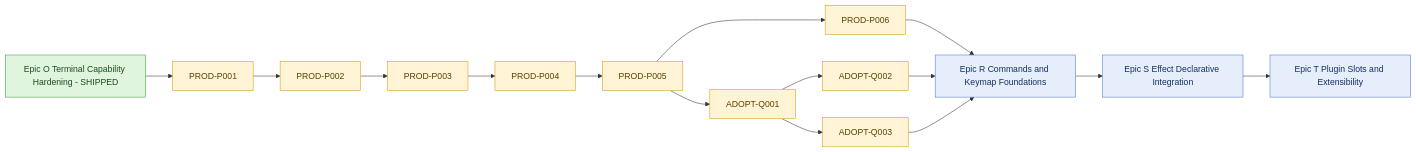
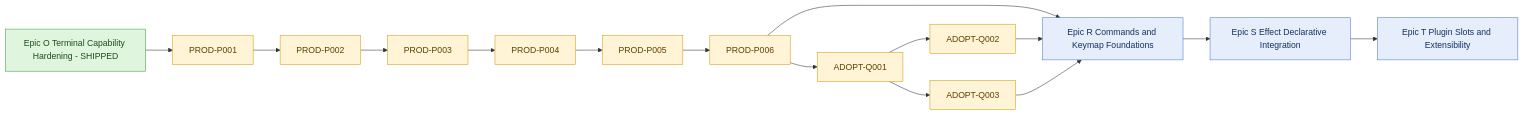
One commit to Tuvren/tuvren-tui changed the diagram in docs/Tasks.md. Above: the diagram before and after it, drawn with Mermaid. The commit also changed other lines of this file and 2 other files, not shown here.

````diff
--- a/docs/Tasks.md
+++ b/docs/Tasks.md
@@ -61,38 +61,38 @@
 ```mermaid
 flowchart LR
     O[Epic O Terminal Capability Hardening - SHIPPED]:::done
     P1[PROD-P001]:::active
     P2[PROD-P002]:::active
     P3[PROD-P003]:::active
     P4[PROD-P004]:::active
     P5[PROD-P005]:::active
     P6[PROD-P006]:::active
     Q1[ADOPT-Q001]:::active
     Q2[ADOPT-Q002]:::active
     Q3[ADOPT-Q003]:::active
     R[Epic R Commands and Keymap Foundations]:::future
     S[Epic S Effect Declarative Integration]:::future
     T[Epic T Plugin Slots and Extensibility]:::future
 
     O --> P1
     P1 --> P2
     P2 --> P3
     P3 --> P4
     P4 --> P5
     P5 --> P6
-    P5 --> Q1
+    P6 --> Q1
     Q1 --> Q2
     Q1 --> Q3
     P6 --> R
     Q2 --> R
     Q3 --> R
     R --> S
     S --> T
 
     class O done;
     class P1,P2,P3,P4,P5,P6,Q1,Q2,Q3 active;
     class R,S,T future;
     classDef done fill:#dff5dd,stroke:#3f9d3f,color:#1f4d1f;
     classDef active fill:#fff4d6,stroke:#d39b14,color:#5c4100;
     classDef future fill:#e6eefc,stroke:#4c78d0,color:#14315f;
 ```
````
